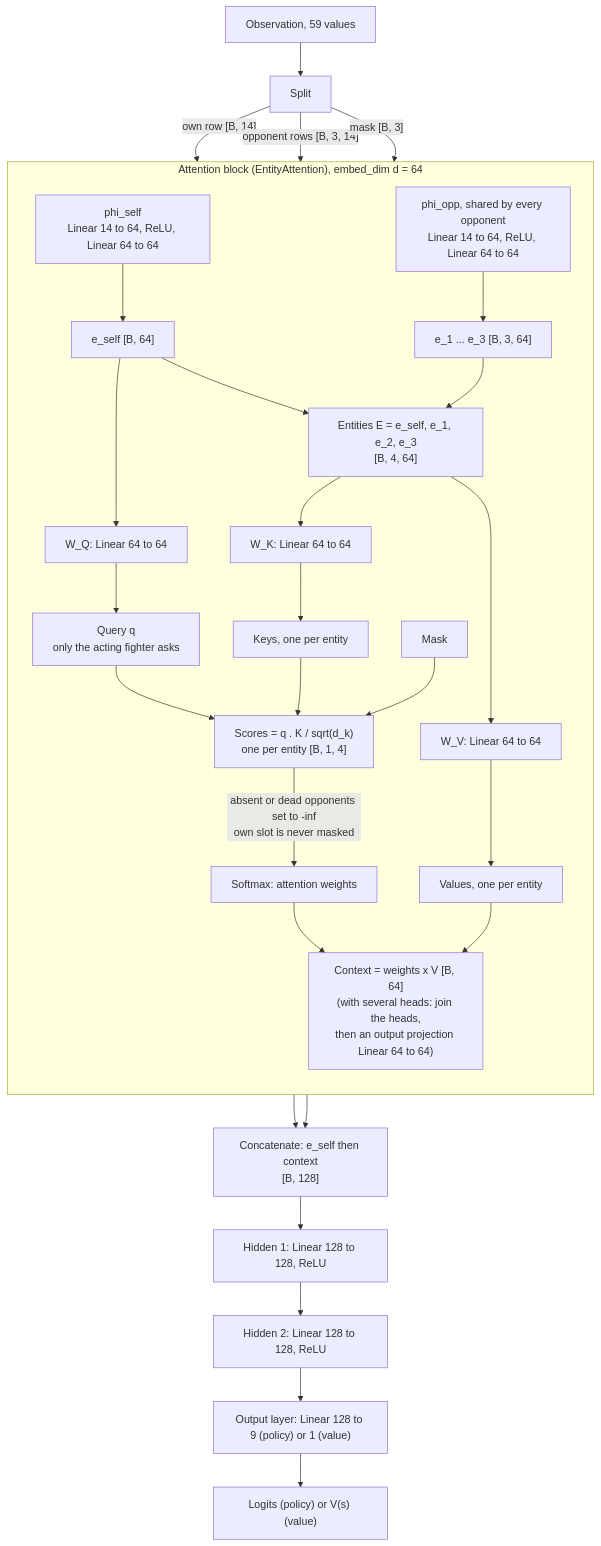
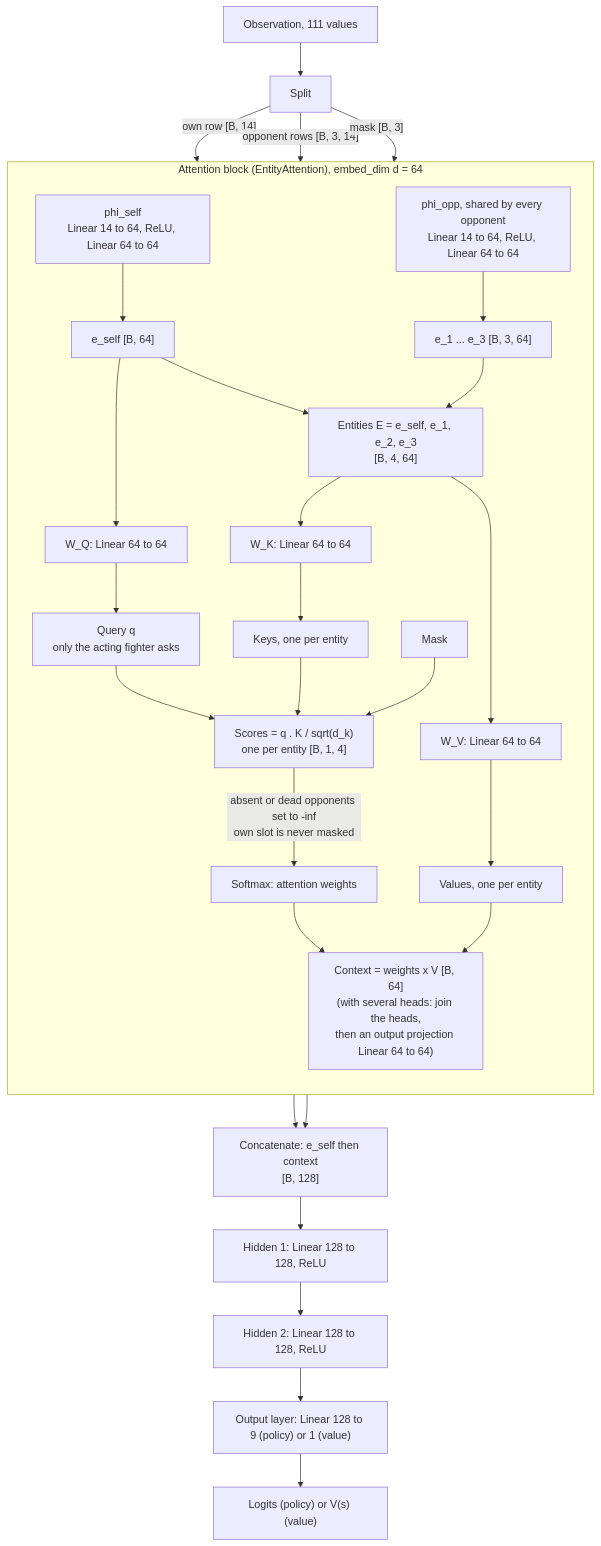
One commit to Martin-Jin/arena-rl changed the third of 5 diagrams in docs/network.md. Above: the diagram before and after it, drawn with Mermaid. The commit also changed other lines of this file and 56 other files, not shown here.

````diff
--- a/docs/network.md
+++ b/docs/network.md
@@ -60,36 +60,36 @@
 ```mermaid
 flowchart TB
-    OBS["Observation, 59 values"] --> SPLIT["Split"]
+    OBS["Observation, 111 values"] --> SPLIT["Split"]
     SPLIT -->|"own row [B, 14]"| PHIS
     SPLIT -->|"opponent rows [B, 3, 14]"| PHIO
     SPLIT -->|"mask [B, 3]"| MASK
 
     subgraph ATT["Attention block (EntityAttention), embed_dim d = 64"]
         direction TB
         PHIS["phi_self<br/>Linear 14 to 64, ReLU, Linear 64 to 64"]
         PHIO["phi_opp, shared by every opponent<br/>Linear 14 to 64, ReLU, Linear 64 to 64"]
         PHIS --> ES["e_self [B, 64]"]
         PHIO --> EO["e_1 ... e_3 [B, 3, 64]"]
         ES --> ENT["Entities E = e_self, e_1, e_2, e_3<br/>[B, 4, 64]"]
         EO --> ENT
         ES --> WQ["W_Q: Linear 64 to 64"]
         WQ --> Q["Query q<br/>only the acting fighter asks"]
         ENT --> WK["W_K: Linear 64 to 64"]
         ENT --> WV["W_V: Linear 64 to 64"]
         WK --> K["Keys, one per entity"]
         WV --> V["Values, one per entity"]
         Q --> SC["Scores = q . K / sqrt(d_k)<br/>one per entity [B, 1, 4]"]
         K --> SC
         MASK["Mask"] --> SC
         SC -->|"absent or dead opponents set to -inf<br/>own slot is never masked"| SM["Softmax: attention weights"]
         SM --> CTX["Context = weights x V [B, 64]<br/>(with several heads: join the heads,<br/>then an output projection Linear 64 to 64)"]
         V --> CTX
     end
 
     ES --> CAT["Concatenate: e_self then context<br/>[B, 128]"]
     CTX --> CAT
     CAT --> H1["Hidden 1: Linear 128 to 128, ReLU"]
     H1 --> H2["Hidden 2: Linear 128 to 128, ReLU"]
     H2 --> OUT["Output layer: Linear 128 to 9 (policy) or 1 (value)"]
     OUT --> RES["Logits (policy) or V(s) (value)"]
 ```
````
